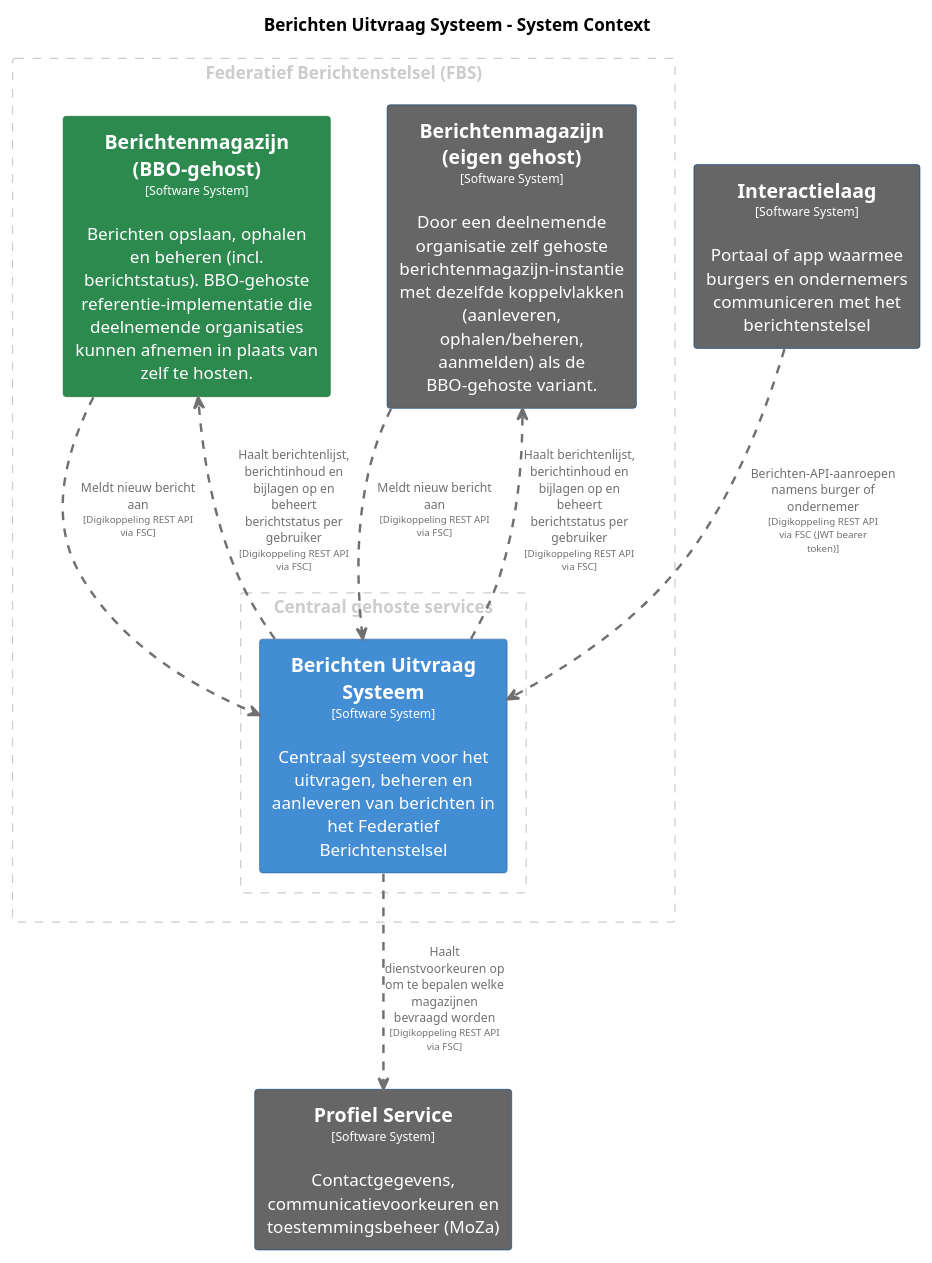
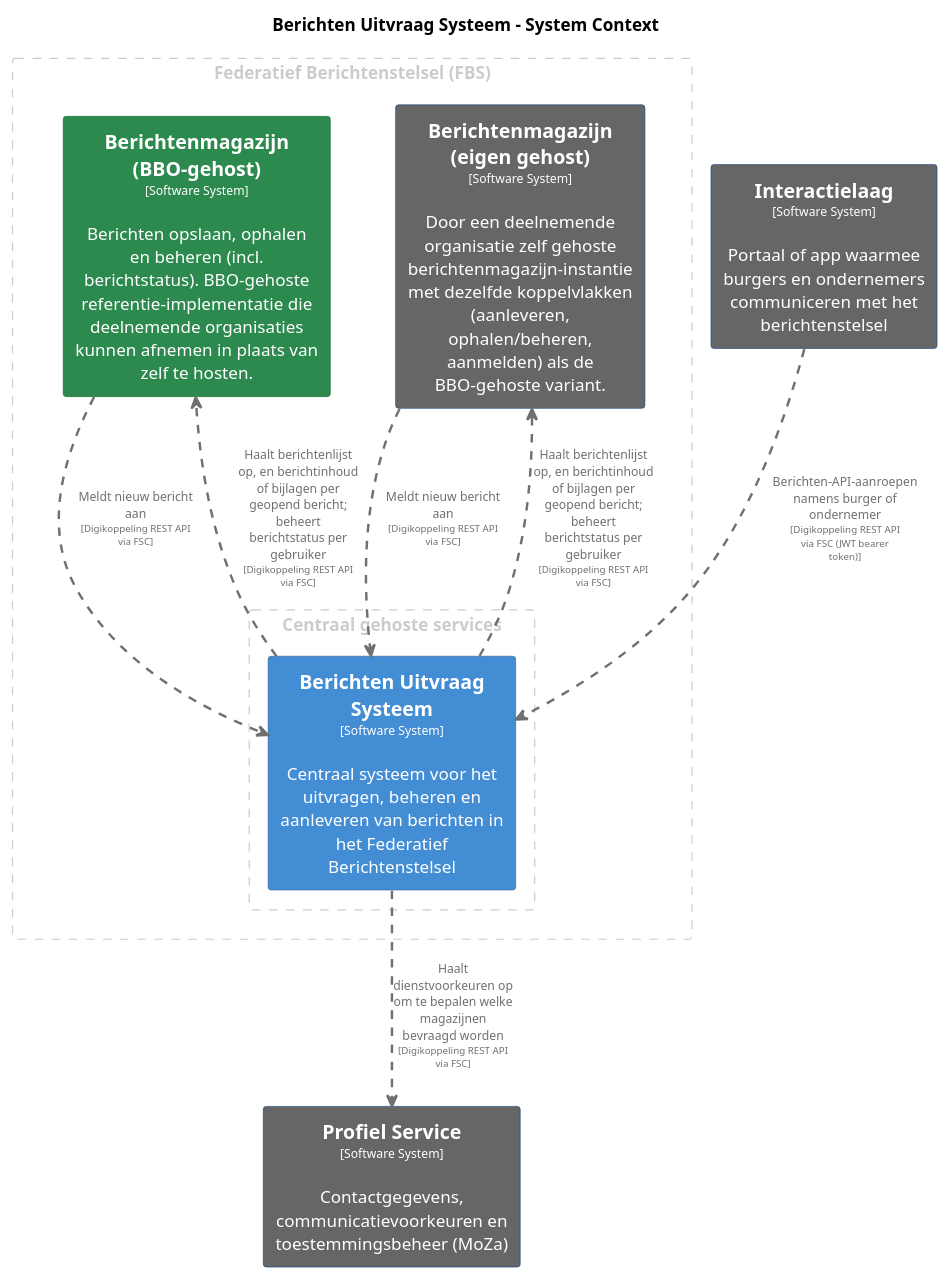
One commit to MinBZK/moza-poc-fbs-berichtenbox changed the diagram in master/puml/BerichtenUitvraagSysteem.puml. Above: the diagram before and after it, drawn with PlantUML. The commit also changed 41 other files, not shown here.

```diff
--- a/master/puml/BerichtenUitvraagSysteem.puml
+++ b/master/puml/BerichtenUitvraagSysteem.puml
@@ -1,75 +1,75 @@
 @startuml
 set separator none
 title Berichten Uitvraag Systeem - System Context
 
 top to bottom direction
 skinparam ranksep 60
 skinparam nodesep 30
 
 skinparam {
   arrowFontSize 10
   defaultTextAlignment center
   wrapWidth 200
   maxMessageSize 100
 }
 
 hide stereotype
 
 skinparam rectangle<<BerichtenUitvraagSysteem>> {
   BackgroundColor #438dd5
   FontColor #ffffff
   BorderColor #2e6295
   shadowing false
 }
 skinparam rectangle<<BerichtenmagazijnBBOgehost>> {
   BackgroundColor #2d8a4e
   FontColor #ffffff
   BorderColor #1e6b38
   shadowing false
 }
 skinparam rectangle<<Berichtenmagazijneigengehost>> {
   BackgroundColor #666666
   FontColor #ffffff
   BorderColor #0b4884
   shadowing false
 }
 skinparam rectangle<<Interactielaag>> {
   BackgroundColor #666666
   FontColor #ffffff
   BorderColor #0b4884
   shadowing false
 }
 skinparam rectangle<<ProfielService>> {
   BackgroundColor #666666
   FontColor #ffffff
   BorderColor #0b4884
   shadowing false
 }
 
 rectangle "Federatief Berichtenstelsel (FBS)" <<group1>> as group1 {
   skinparam RectangleBorderColor<<group1>> #cccccc
   skinparam RectangleFontColor<<group1>> #cccccc
   skinparam RectangleBorderStyle<<group1>> dashed
 
   rectangle "==Berichtenmagazijn (eigen gehost)\n<size:10>[Software System]</size>\n\nDoor een deelnemende organisatie zelf gehoste berichtenmagazijn-instantie met dezelfde koppelvlakken (aanleveren, ophalen/beheren, aanmelden) als de BBO-gehoste variant." <<Berichtenmagazijneigengehost>> as Berichtenmagazijneigengehost
   rectangle "==Berichtenmagazijn (BBO-gehost)\n<size:10>[Software System]</size>\n\nBerichten opslaan, ophalen en beheren (incl. berichtstatus). BBO-gehoste referentie-implementatie die deelnemende organisaties kunnen afnemen in plaats van zelf te hosten." <<BerichtenmagazijnBBOgehost>> as BerichtenmagazijnBBOgehost
     rectangle "Centraal gehoste services" <<group2>> as group2 {
       skinparam RectangleBorderColor<<group2>> #cccccc
       skinparam RectangleFontColor<<group2>> #cccccc
       skinparam RectangleBorderStyle<<group2>> dashed
 
       rectangle "==Berichten Uitvraag Systeem\n<size:10>[Software System]</size>\n\nCentraal systeem voor het uitvragen, beheren en aanleveren van berichten in het Federatief Berichtenstelsel" <<BerichtenUitvraagSysteem>> as BerichtenUitvraagSysteem
     }
 
 }
 
 rectangle "==Profiel Service\n<size:10>[Software System]</size>\n\nContactgegevens, communicatievoorkeuren en toestemmingsbeheer (MoZa)" <<ProfielService>> as ProfielService
 rectangle "==Interactielaag\n<size:10>[Software System]</size>\n\nPortaal of app waarmee burgers en ondernemers communiceren met het berichtenstelsel" <<Interactielaag>> as Interactielaag
 
 Interactielaag .[#707070,thickness=2].> BerichtenUitvraagSysteem : "<color:#707070>Berichten-API-aanroepen namens burger of ondernemer\n<color:#707070><size:8>[Digikoppeling REST API via FSC (JWT bearer token)]</size>"
-BerichtenUitvraagSysteem .[#707070,thickness=2].> BerichtenmagazijnBBOgehost : "<color:#707070>Haalt berichtenlijst, berichtinhoud en bijlagen op en beheert berichtstatus per gebruiker\n<color:#707070><size:8>[Digikoppeling REST API via FSC]</size>"
-BerichtenUitvraagSysteem .[#707070,thickness=2].> Berichtenmagazijneigengehost : "<color:#707070>Haalt berichtenlijst, berichtinhoud en bijlagen op en beheert berichtstatus per gebruiker\n<color:#707070><size:8>[Digikoppeling REST API via FSC]</size>"
+BerichtenUitvraagSysteem .[#707070,thickness=2].> BerichtenmagazijnBBOgehost : "<color:#707070>Haalt berichtenlijst op, en berichtinhoud of bijlagen per geopend bericht; beheert berichtstatus per gebruiker\n<color:#707070><size:8>[Digikoppeling REST API via FSC]</size>"
+BerichtenUitvraagSysteem .[#707070,thickness=2].> Berichtenmagazijneigengehost : "<color:#707070>Haalt berichtenlijst op, en berichtinhoud of bijlagen per geopend bericht; beheert berichtstatus per gebruiker\n<color:#707070><size:8>[Digikoppeling REST API via FSC]</size>"
 BerichtenmagazijnBBOgehost .[#707070,thickness=2].> BerichtenUitvraagSysteem : "<color:#707070>Meldt nieuw bericht aan\n<color:#707070><size:8>[Digikoppeling REST API via FSC]</size>"
 Berichtenmagazijneigengehost .[#707070,thickness=2].> BerichtenUitvraagSysteem : "<color:#707070>Meldt nieuw bericht aan\n<color:#707070><size:8>[Digikoppeling REST API via FSC]</size>"
 BerichtenUitvraagSysteem .[#707070,thickness=2].> ProfielService : "<color:#707070>Haalt dienstvoorkeuren op om te bepalen welke magazijnen bevraagd worden\n<color:#707070><size:8>[Digikoppeling REST API via FSC]</size>"
 @enduml
```
